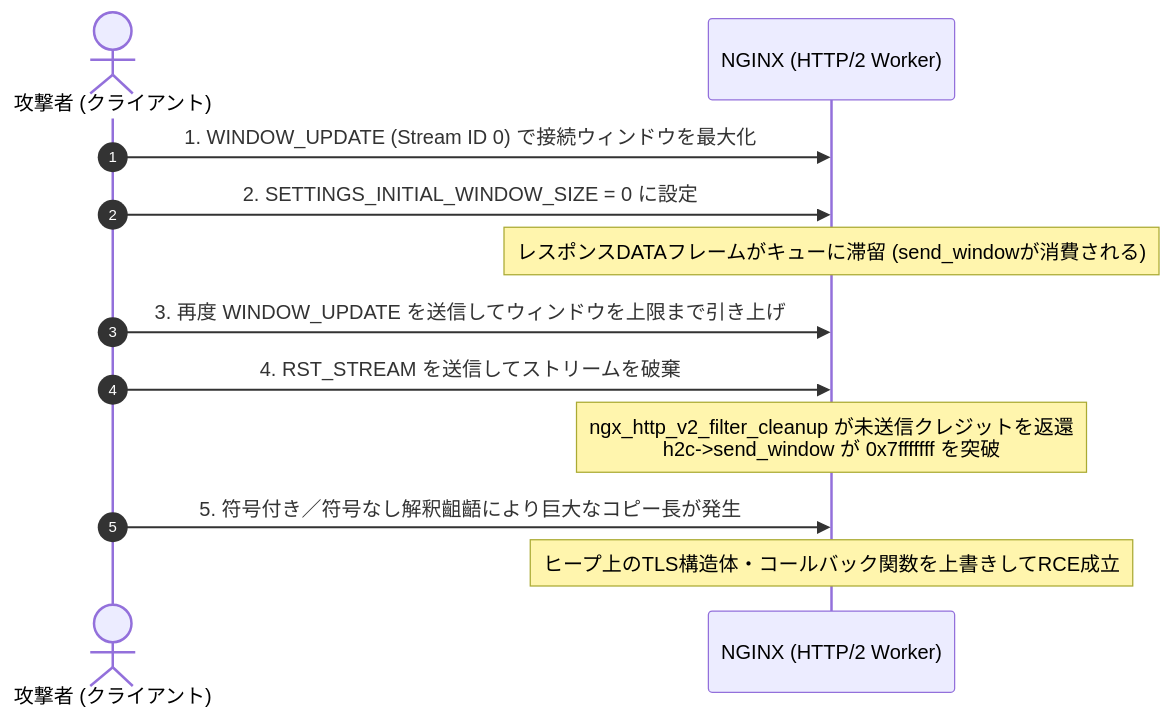
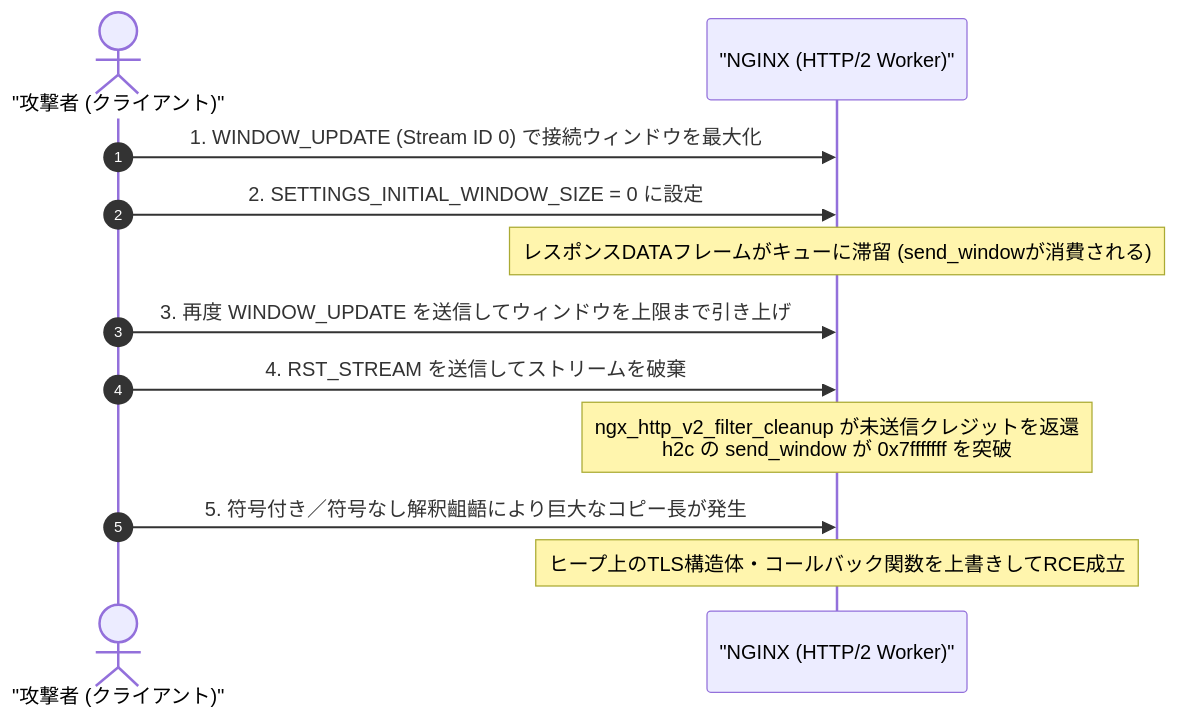
Before and after one commit to tetsurou21/zenn-content: the second of 2 diagrams in articles/nginx2root-cve-2026-123007-analysis.md, drawn with Mermaid. The commit also changed other lines of this file and 2 other files, not shown here.

Commit message:
fix: resolve Mermaid syntax error in subgraph and sequenceDiagram

````diff
--- a/articles/nginx2root-cve-2026-123007-analysis.md
+++ b/articles/nginx2root-cve-2026-123007-analysis.md
@@ -188,15 +188,15 @@
 ```mermaid
 sequenceDiagram
     autonumber
-    actor Attacker as 攻撃者 (クライアント)
-    participant Nginx as NGINX (HTTP/2 Worker)
+    actor Attacker as "攻撃者 (クライアント)"
+    participant Nginx as "NGINX (HTTP/2 Worker)"
 
     Attacker->>Nginx: 1. WINDOW_UPDATE (Stream ID 0) で接続ウィンドウを最大化
     Attacker->>Nginx: 2. SETTINGS_INITIAL_WINDOW_SIZE = 0 に設定
     Note over Nginx: レスポンスDATAフレームがキューに滞留 (send_windowが消費される)
     Attacker->>Nginx: 3. 再度 WINDOW_UPDATE を送信してウィンドウを上限まで引き上げ
     Attacker->>Nginx: 4. RST_STREAM を送信してストリームを破棄
-    Note over Nginx: ngx_http_v2_filter_cleanup が未送信クレジットを返還<br>h2c->send_window が 0x7fffffff を突破
+    Note over Nginx: ngx_http_v2_filter_cleanup が未送信クレジットを返還<br>h2c の send_window が 0x7fffffff を突破
     Attacker->>Nginx: 5. 符号付き／符号なし解釈齟齬により巨大なコピー長が発生
     Note over Nginx: ヒープ上のTLS構造体・コールバック関数を上書きしてRCE成立
 ```
````
